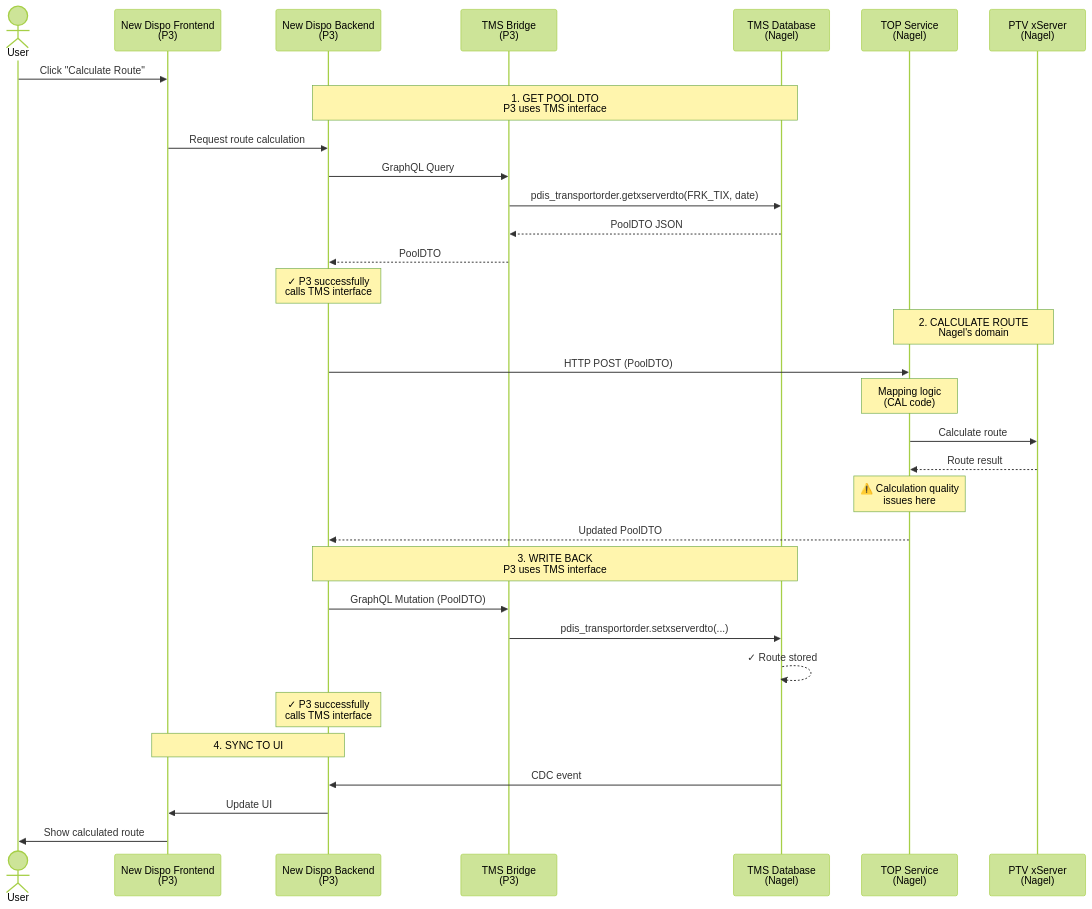
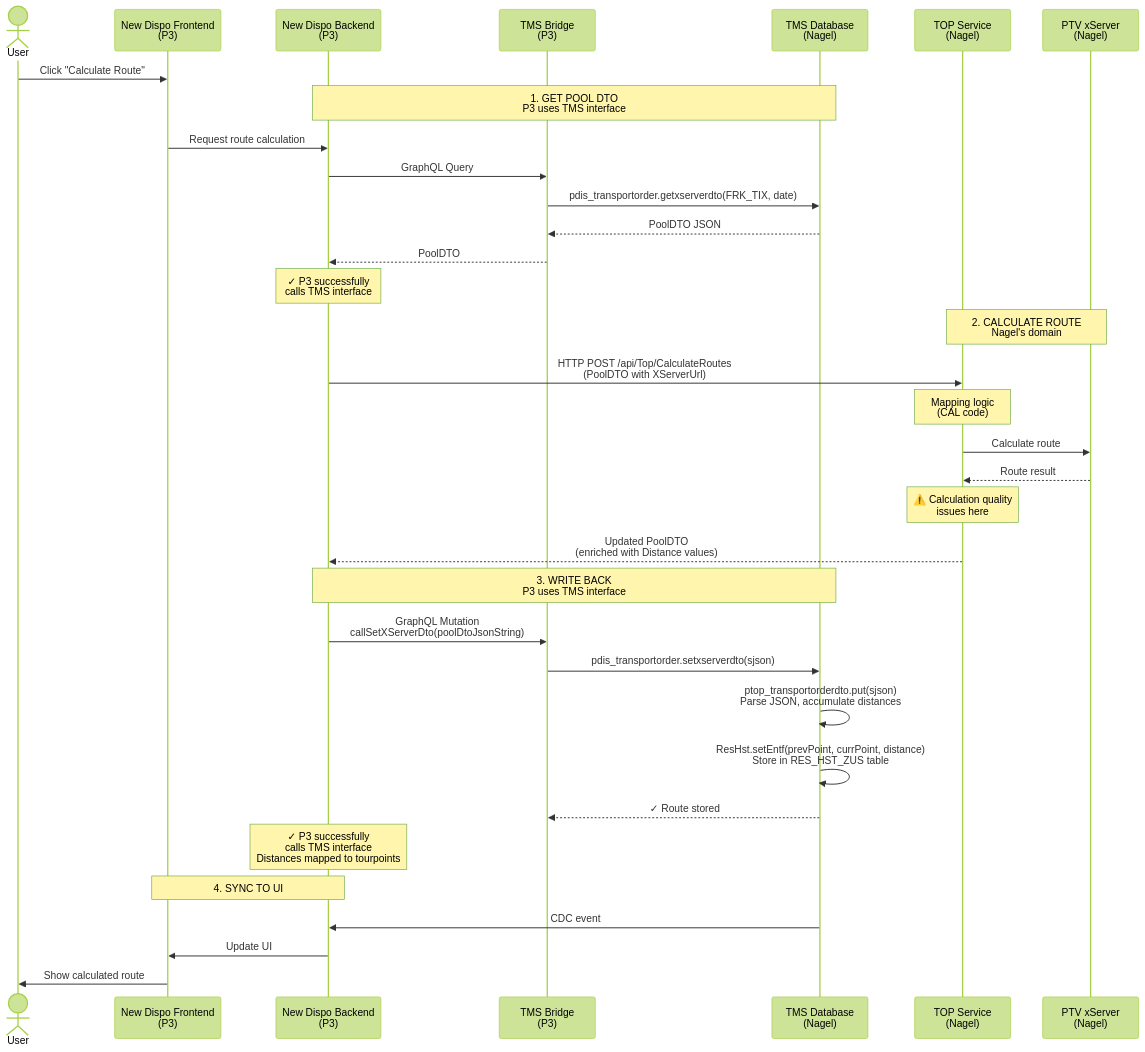
Before and after one commit to bitflower/p3-virtual-architect-new-dispo: the fifth of 6 diagrams in 02_Explorations/2026-03-03_workshop_preparation_-_CDC_resilience_change_notifications_route_calculation/DIAGRAMS-CURRENT-STATE.md, drawn with Mermaid (forest theme). The commit also changed other lines of this file, not shown here.

````diff
--- a/02_Explorations/2026-03-03_workshop_preparation_-_CDC_resilience_change_notifications_route_calculation/DIAGRAMS-CURRENT-STATE.md
+++ b/02_Explorations/2026-03-03_workshop_preparation_-_CDC_resilience_change_notifications_route_calculation/DIAGRAMS-CURRENT-STATE.md
@@ -226,39 +226,41 @@
 ```mermaid
 sequenceDiagram
     actor User
     participant FE as New Dispo Frontend<br/>(P3)
     participant BE as New Dispo Backend<br/>(P3)
     participant Bridge as TMS Bridge<br/>(P3)
     participant TMS as TMS Database<br/>(Nagel)
     participant TOP as TOP Service<br/>(Nagel)
     participant xServer as PTV xServer<br/>(Nagel)
 
     User->>FE: Click "Calculate Route"
 
     Note over BE,TMS: 1. GET POOL DTO<br/>P3 uses TMS interface
     FE->>BE: Request route calculation
     BE->>Bridge: GraphQL Query
     Bridge->>TMS: pdis_transportorder.getxserverdto(FRK_TIX, date)
     TMS-->>Bridge: PoolDTO JSON
     Bridge-->>BE: PoolDTO
     Note over BE: ✓ P3 successfully<br/>calls TMS interface
 
     Note over TOP,xServer: 2. CALCULATE ROUTE<br/>Nagel's domain
-    BE->>TOP: HTTP POST (PoolDTO)
+    BE->>TOP: HTTP POST /api/Top/CalculateRoutes<br/>(PoolDTO with XServerUrl)
     Note over TOP: Mapping logic<br/>(CAL code)
     TOP->>xServer: Calculate route
     xServer-->>TOP: Route result
     Note over TOP: ⚠️ Calculation quality<br/>issues here
-    TOP-->>BE: Updated PoolDTO
+    TOP-->>BE: Updated PoolDTO<br/>(enriched with Distance values)
 
     Note over BE,TMS: 3. WRITE BACK<br/>P3 uses TMS interface
-    BE->>Bridge: GraphQL Mutation (PoolDTO)
-    Bridge->>TMS: pdis_transportorder.setxserverdto(...)
-    TMS-->>TMS: ✓ Route stored
-    Note over BE: ✓ P3 successfully<br/>calls TMS interface
+    BE->>Bridge: GraphQL Mutation<br/>callSetXServerDto(poolDtoJsonString)
+    Bridge->>TMS: pdis_transportorder.setxserverdto(sjson)
+    TMS->>TMS: ptop_transportorderdto.put(sjson)<br/>Parse JSON, accumulate distances
+    TMS->>TMS: ResHst.setEntf(prevPoint, currPoint, distance)<br/>Store in RES_HST_ZUS table
+    TMS-->>Bridge: ✓ Route stored
+    Note over BE: ✓ P3 successfully<br/>calls TMS interface<br/>Distances mapped to tourpoints
 
     Note over BE,FE: 4. SYNC TO UI
     TMS->>BE: CDC event
     BE->>FE: Update UI
     FE->>User: Show calculated route
 ```
````
